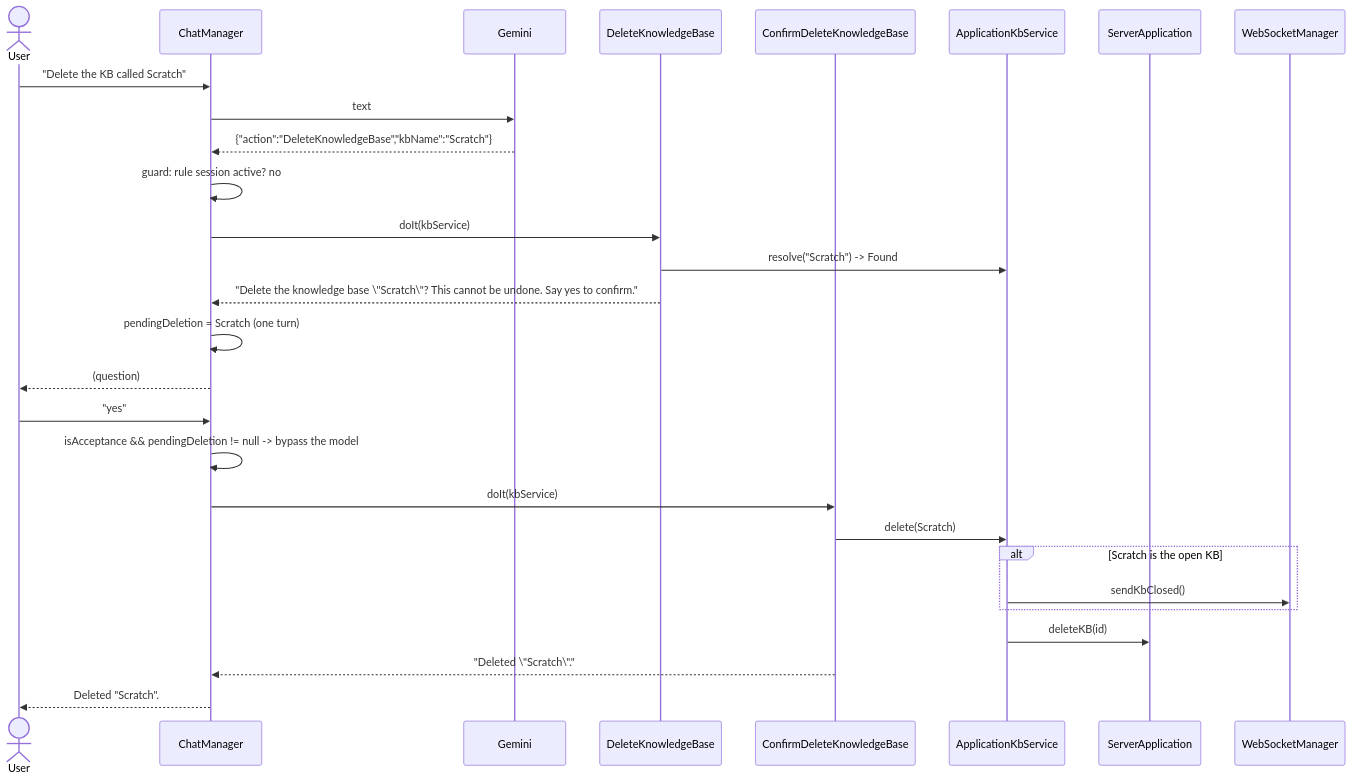
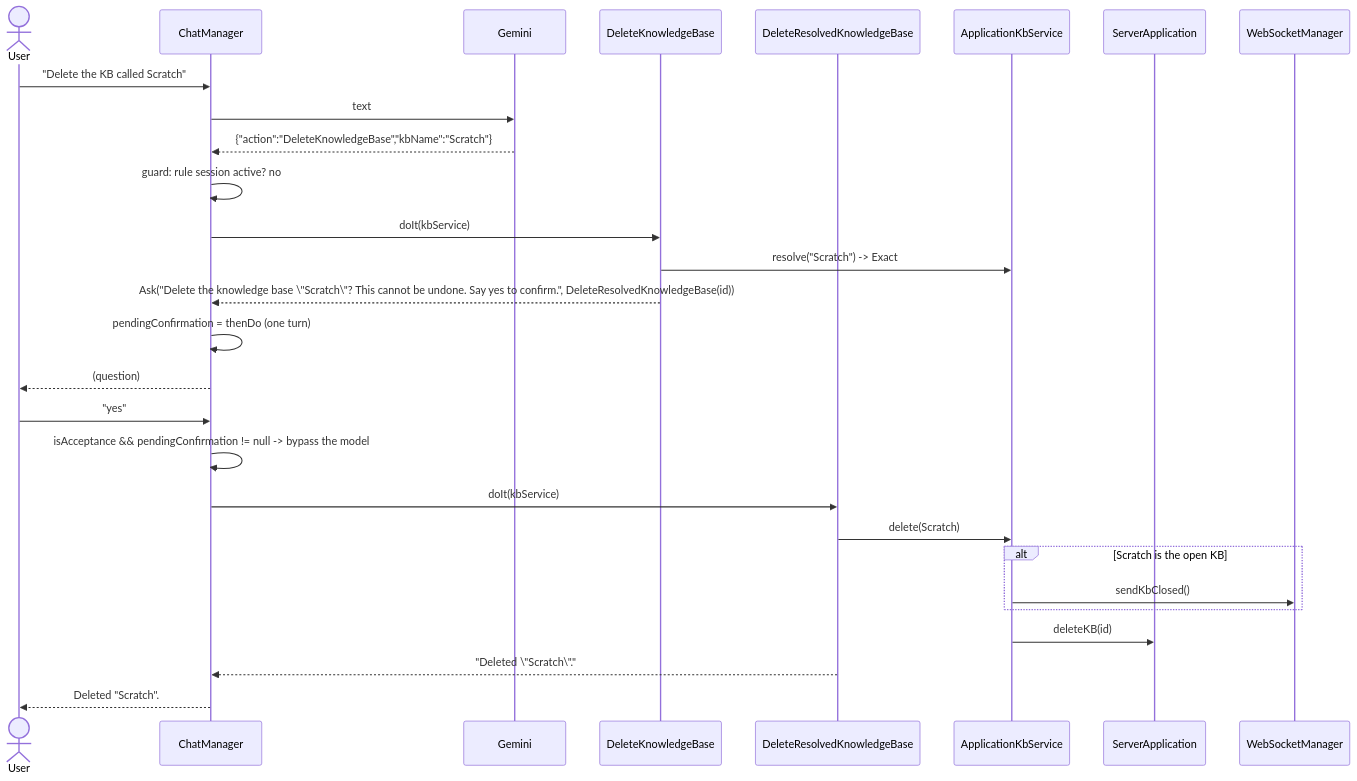
One commit to TimLavers/OpenRDR changed the fifth of 6 diagrams in documentation/design/kb_management_by_chat.md. Above: the diagram before and after it, drawn with Mermaid. The commit also changed other lines of this file and 51 other files, not shown here.

````diff
--- a/documentation/design/kb_management_by_chat.md
+++ b/documentation/design/kb_management_by_chat.md
@@ -667,30 +726,30 @@
 ```mermaid
 sequenceDiagram
     actor User
     participant CM as ChatManager
     participant Model as Gemini
     participant Del as DeleteKnowledgeBase
-    participant Confirm as ConfirmDeleteKnowledgeBase
+  participant Confirm as DeleteResolvedKnowledgeBase
     participant Svc as ApplicationKbService
     participant App as ServerApplication
     participant WS as WebSocketManager
     User ->> CM: "Delete the KB called Scratch"
     CM ->> Model: text
     Model -->> CM: {"action":"DeleteKnowledgeBase","kbName":"Scratch"}
     CM ->> CM: guard: rule session active? no
     CM ->> Del: doIt(kbService)
-    Del ->> Svc: resolve("Scratch") -> Found
-    Del -->> CM: "Delete the knowledge base \"Scratch\"? This cannot be undone. Say yes to confirm."
-    CM ->> CM: pendingDeletion = Scratch (one turn)
+  Del ->> Svc: resolve("Scratch") -> Exact
+  Del -->> CM: Ask("Delete the knowledge base \"Scratch\"? This cannot be undone. Say yes to confirm.", DeleteResolvedKnowledgeBase(id))
+  CM ->> CM: pendingConfirmation = thenDo (one turn)
     CM -->> User: (question)
     User ->> CM: "yes"
-    CM ->> CM: isAcceptance && pendingDeletion != null -> bypass the model
+  CM ->> CM: isAcceptance && pendingConfirmation != null -> bypass the model
     CM ->> Confirm: doIt(kbService)
     Confirm ->> Svc: delete(Scratch)
     alt Scratch is the open KB
         Svc ->> WS: sendKbClosed()
     end
     Svc ->> App: deleteKB(id)
     Confirm -->> CM: "Deleted \"Scratch\"."
     CM -->> User: Deleted "Scratch".
 ```
````
